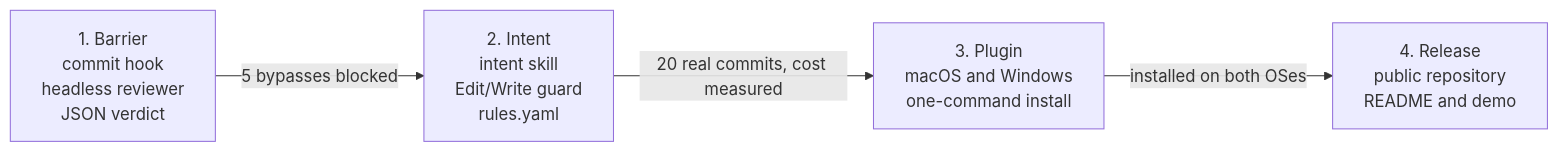
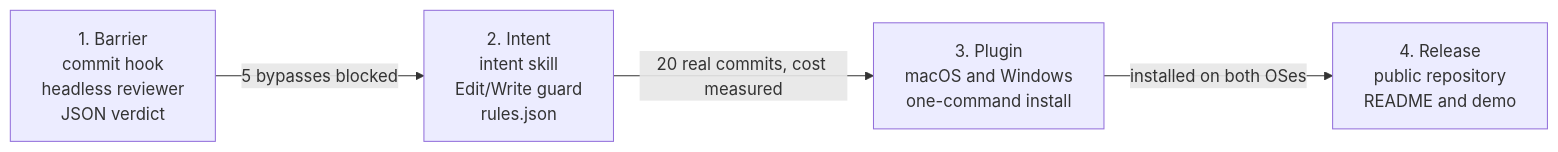
One commit to Atypical-Consulting/kaldor changed the second of 2 diagrams in docs/project-dossier.md. Above: the diagram before and after it, drawn with Mermaid. The commit also changed other lines of this file and 27 other files, not shown here.

````diff
--- a/docs/project-dossier.md
+++ b/docs/project-dossier.md
@@ -258,6 +262,6 @@
 ```mermaid
 flowchart LR
-  P1["1. Barrier<br/>commit hook<br/>headless reviewer<br/>JSON verdict"] -- "5 bypasses blocked" --> P2["2. Intent<br/>intent skill<br/>Edit/Write guard<br/>rules.yaml"]
+  P1["1. Barrier<br/>commit hook<br/>headless reviewer<br/>JSON verdict"] -- "5 bypasses blocked" --> P2["2. Intent<br/>intent skill<br/>Edit/Write guard<br/>rules.json"]
   P2 -- "20 real commits, cost measured" --> P3["3. Plugin<br/>macOS and Windows<br/>one-command install"]
   P3 -- "installed on both OSes" --> P4["4. Release<br/>public repository<br/>README and demo"]
 ```
````
